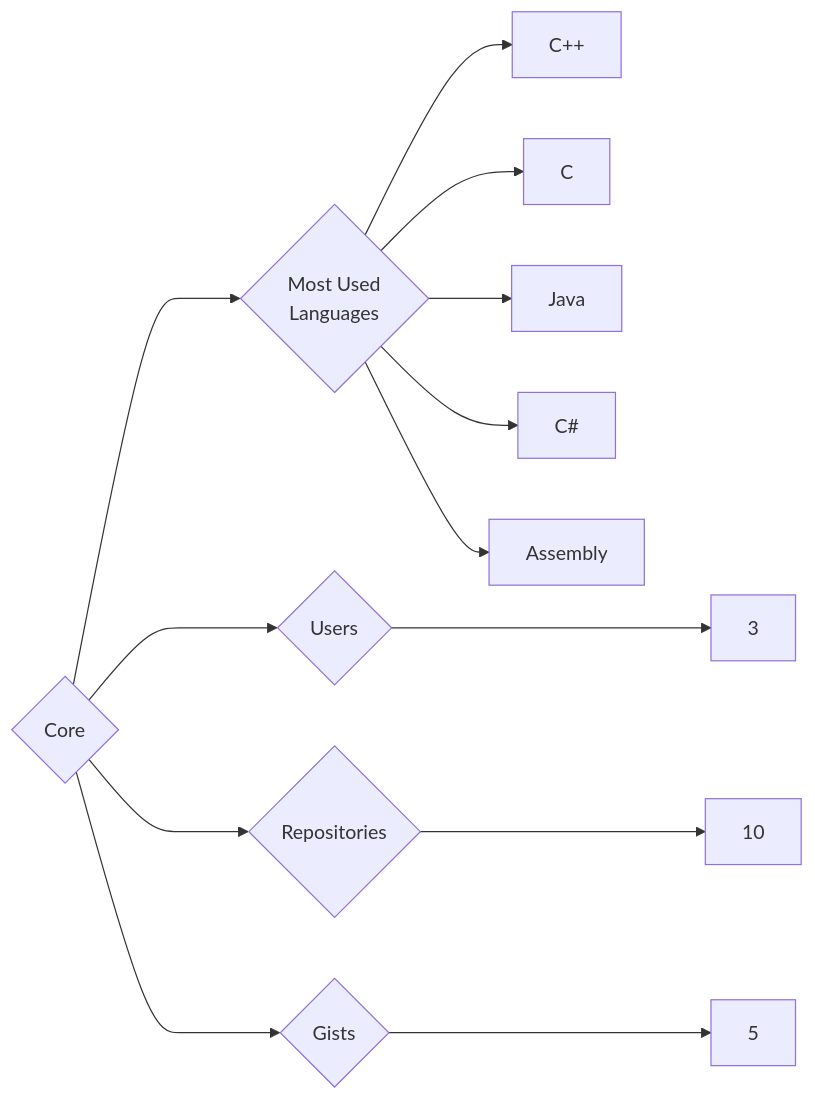
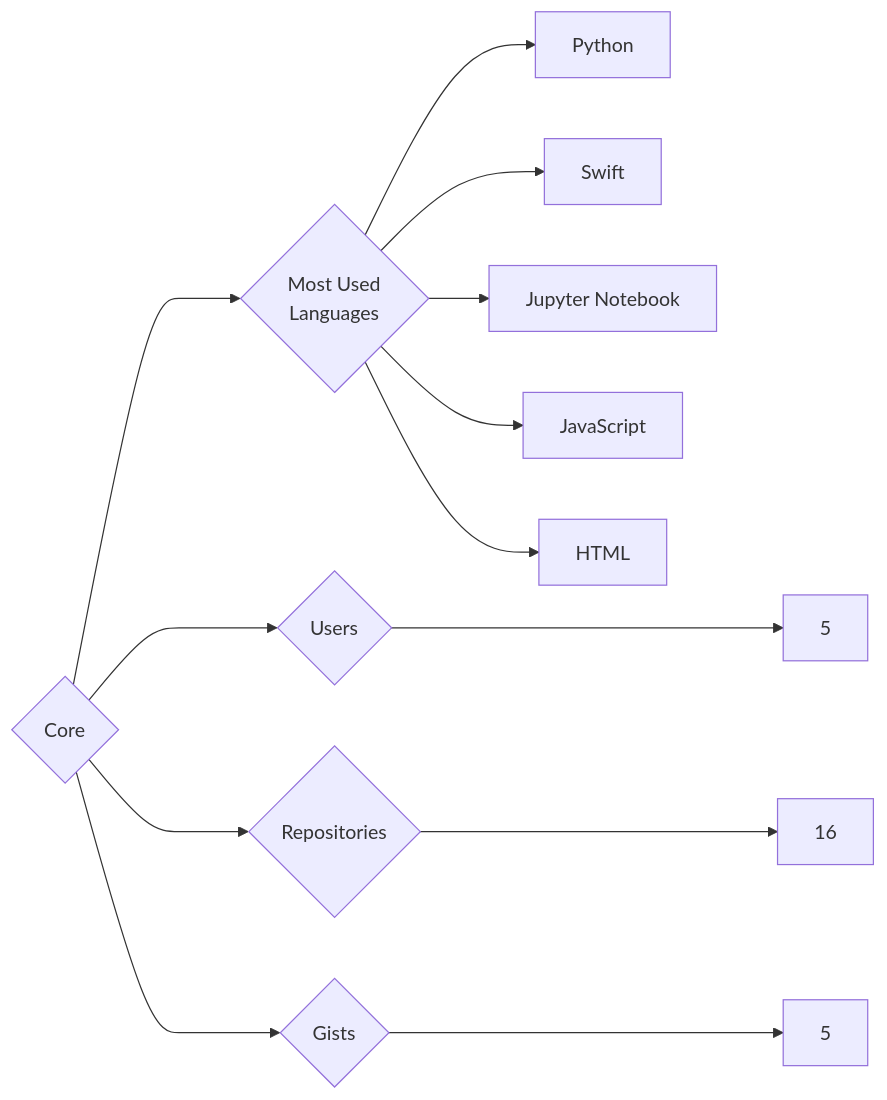
One commit to trickest/insiders changed the diagram in targets/Core/README.md. Above: the diagram before and after it, drawn with Mermaid. The commit also changed 1088 other files, not shown here.

````diff
--- a/targets/Core/README.md
+++ b/targets/Core/README.md
@@ -3,13 +3,13 @@
 ```mermaid
 graph LR
 COMPANY_NAME{Core}
-COMPANY_NAME ---> U{Users} ---> UN[3]
-COMPANY_NAME ---> R{Repositories} ---> RN[10]
+COMPANY_NAME ---> U{Users} ---> UN[5]
+COMPANY_NAME ---> R{Repositories} ---> RN[16]
 COMPANY_NAME ---> G{Gists} ---> GN[5]
 COMPANY_NAME ---> ML{Most Used<br>Languages}
-ML --> C++[C++]
-ML --> C[C]
-ML --> Java[Java]
-ML --> C#[C#]
-ML --> Assembly[Assembly]
+ML --> Python[Python]
+ML --> Swift[Swift]
+ML --> Jupyter_Notebook[Jupyter Notebook]
+ML --> JavaScript[JavaScript]
+ML --> HTML[HTML]
 ```
````
